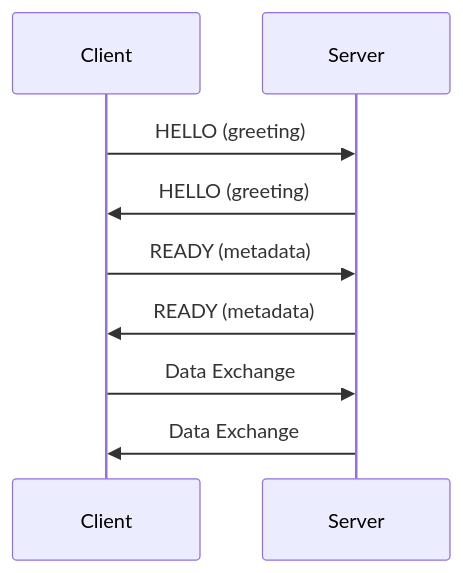
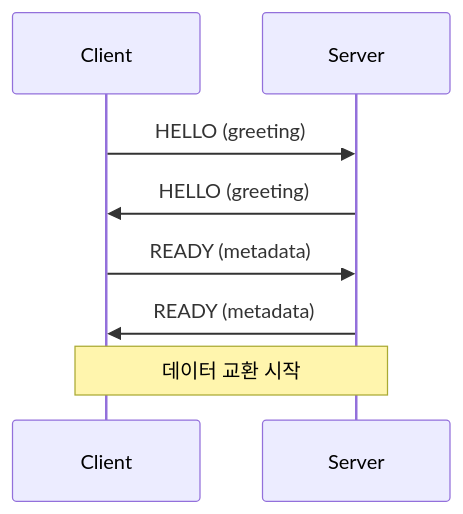
One commit to kairos-code-dev/zlink changed the first of 5 diagrams in doc/site/docs/internals/protocol-zmp.ko.md. Above: the diagram before and after it, drawn with Mermaid. The commit also changed other lines of this file and 211 other files, not shown here.

````diff
--- a/doc/site/docs/internals/protocol-zmp.ko.md
+++ b/doc/site/docs/internals/protocol-zmp.ko.md
@@ -77,12 +71,11 @@
 ```mermaid
 sequenceDiagram
     participant C as Client
     participant S as Server
 
     C->>S: HELLO (greeting)
     S->>C: HELLO (greeting)
     C->>S: READY (metadata)
     S->>C: READY (metadata)
-    C->>S: Data Exchange
-    S->>C: Data Exchange
+    Note over C,S: 데이터 교환 시작
 ```
````
